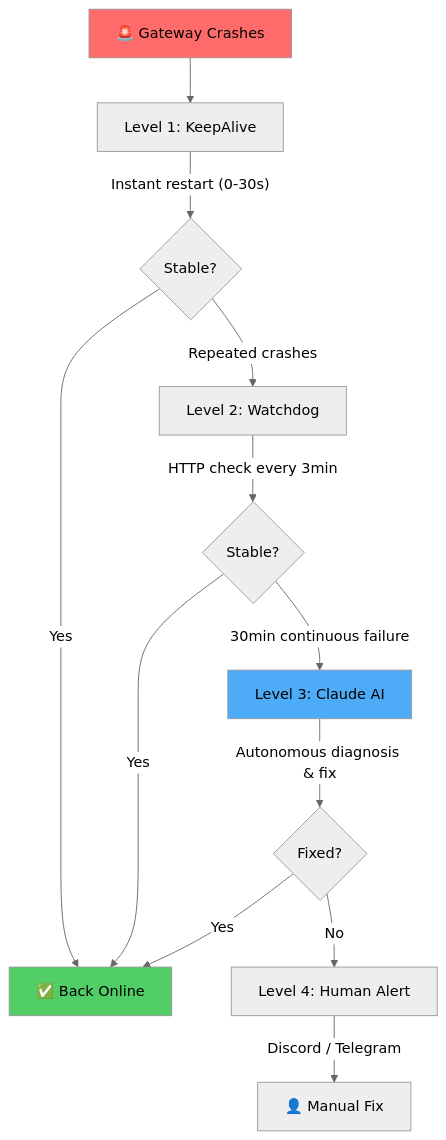
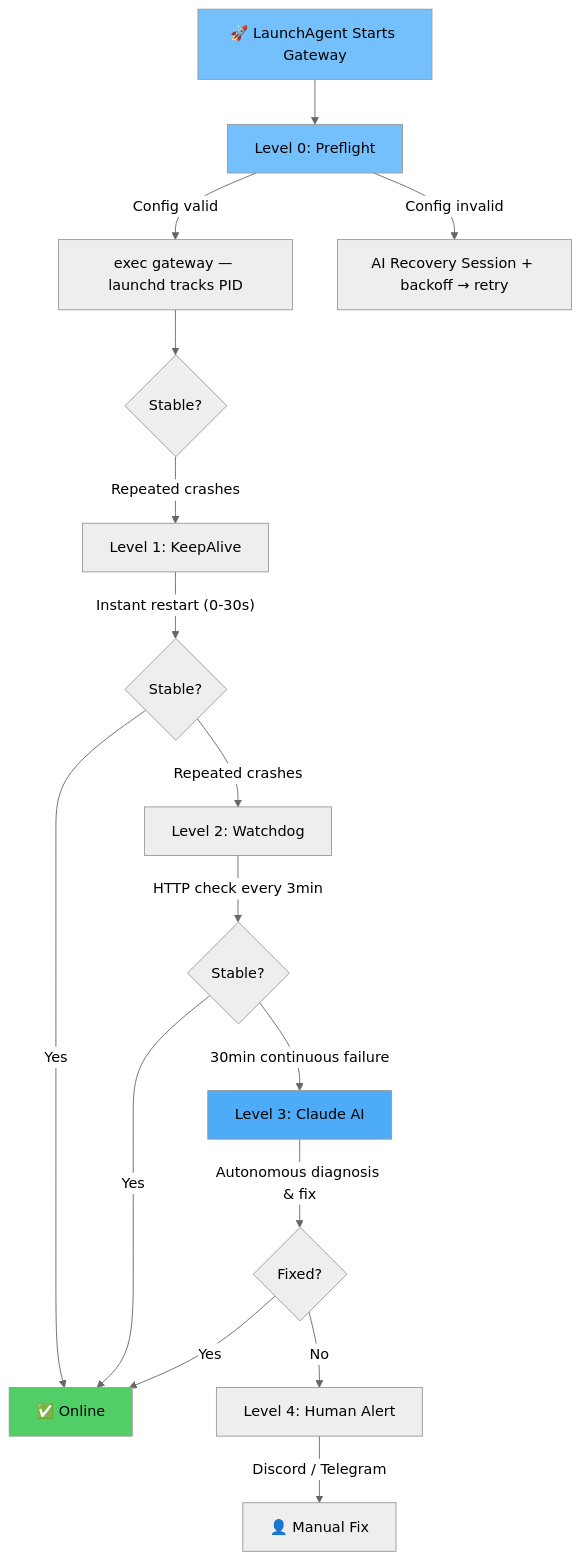
Before and after one commit to Ramsbaby/openclaw-self-healing: the diagram in README.md, drawn with Mermaid (neutral theme). The commit also changed other lines of this file, not shown here.

Commit message:
docs: add gateway-preflight.sh to README architecture section

````diff
--- a/README.md
+++ b/README.md
@@ -96,18 +96,23 @@
 ```mermaid
 graph TD
-    A[🚨 Gateway Crashes] --> B[Level 1: KeepAlive]
-    B -->|"Instant restart (0-30s)"| C{Stable?}
-    C -->|Yes| Z[✅ Back Online]
-    C -->|Repeated crashes| D[Level 2: Watchdog]
-    D -->|"HTTP check every 3min"| E{Stable?}
-    E -->|Yes| Z
-    E -->|"30min continuous failure"| F[Level 3: Claude AI]
-    F -->|"Autonomous diagnosis & fix"| G{Fixed?}
-    G -->|Yes| Z
-    G -->|No| H[Level 4: Human Alert]
-    H -->|"Discord / Telegram"| I[👤 Manual Fix]
+    A[🚀 LaunchAgent Starts Gateway] --> B[Level 0: Preflight]
+    B -->|"Config valid"| C[exec gateway — launchd tracks PID]
+    B -->|"Config invalid"| D[AI Recovery Session + backoff → retry]
+    C --> E{Stable?}
+    E -->|Repeated crashes| F[Level 1: KeepAlive]
+    F -->|"Instant restart (0-30s)"| G{Stable?}
+    G -->|Yes| Z[✅ Online]
+    G -->|Repeated crashes| H[Level 2: Watchdog]
+    H -->|"HTTP check every 3min"| I{Stable?}
+    I -->|Yes| Z
+    I -->|"30min continuous failure"| J[Level 3: Claude AI]
+    J -->|"Autonomous diagnosis & fix"| K{Fixed?}
+    K -->|Yes| Z
+    K -->|No| L[Level 4: Human Alert]
+    L -->|"Discord / Telegram"| M[👤 Manual Fix]
 
-    style A fill:#ff6b6b
+    style A fill:#74c0fc
+    style B fill:#74c0fc
     style Z fill:#51cf66
-    style F fill:#4dabf7
+    style J fill:#4dabf7
 ```
````
